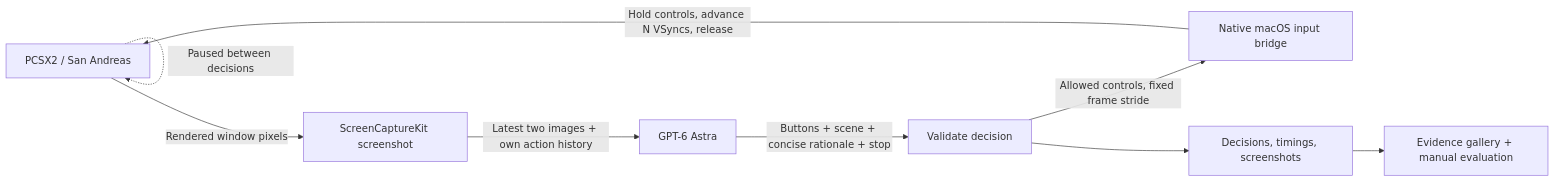
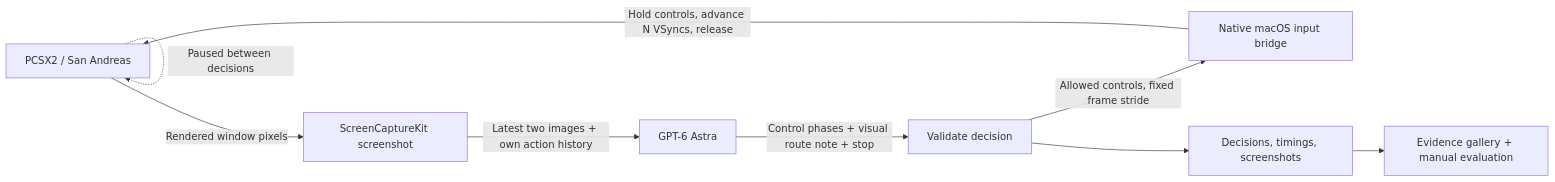
Before and after one commit to PandelisZ/gta-san-astra: the diagram in README.md, drawn with Mermaid. The commit also changed other lines of this file and 3 other files, not shown here.

Commit message:
Let Astra plan control phases and retain visual route progress

````diff
--- a/README.md
+++ b/README.md
@@ -23,11 +23,11 @@
 ```mermaid
 flowchart LR
     G[PCSX2 / San Andreas] -->|Rendered window pixels| S[ScreenCaptureKit screenshot]
     S -->|Latest two images + own action history| A[GPT-6 Astra]
-    A -->|Buttons + scene + concise rationale + stop| V[Validate decision]
+    A -->|Control phases + visual route note + stop| V[Validate decision]
     V -->|Allowed controls, fixed frame stride| B[Native macOS input bridge]
     B -->|Hold controls, advance N VSyncs, release| G
     G -.->|Paused between decisions| G
     V --> E[Decisions, timings, screenshots]
     E --> R[Evidence gallery + manual evaluation]
 ```
````
